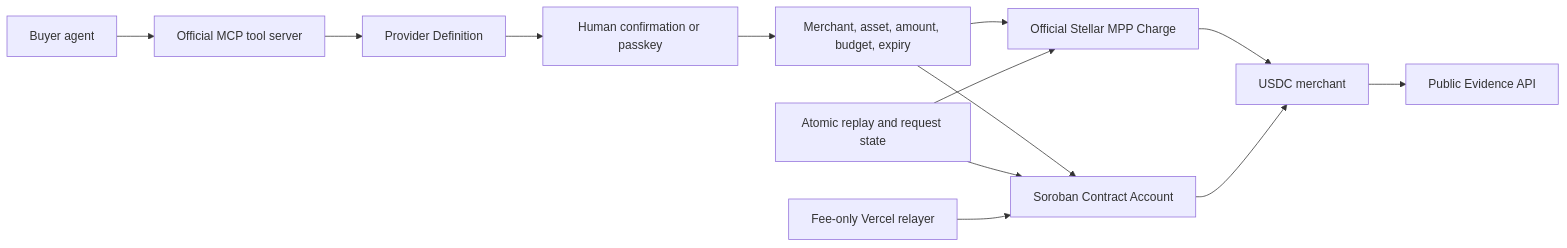
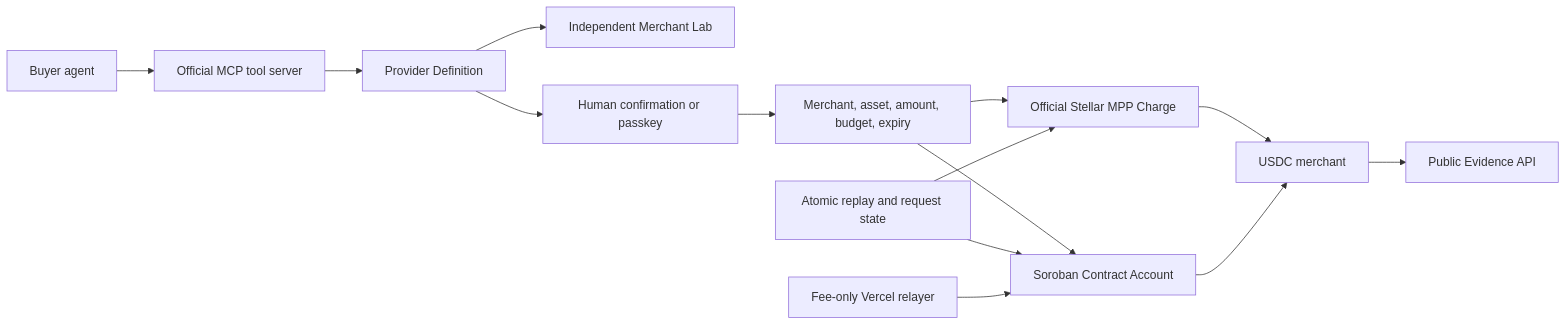
The first of 2 diagrams in docs/architecture.md (CaBsCrypto/stellar-agent-spend-hub), drawn with Mermaid before and after one commit. The commit also changed other lines of this file and 6 other files, not shown here.

Commit message:
Integrate independent Merchant Lab provider

````diff
--- a/docs/architecture.md
+++ b/docs/architecture.md
@@ -9,15 +9,16 @@
 ```mermaid
 flowchart LR
   Agent["Buyer agent"] --> MCP["Official MCP tool server"]
   MCP --> Directory["Provider Definition"]
+  Directory --> MerchantLab["Independent Merchant Lab"]
   Directory --> Authorization["Human confirmation or passkey"]
   Authorization --> Policy["Merchant, asset, amount, budget, expiry"]
   Policy --> MPP["Official Stellar MPP Charge"]
   Policy --> Account["Soroban Contract Account"]
   MPP --> Merchant["USDC merchant"]
   Account --> Merchant
   Merchant --> Evidence["Public Evidence API"]
   Upstash["Atomic replay and request state"] --> MPP
   Upstash --> Account
   Relayer["Fee-only Vercel relayer"] --> Account
 ```
````
